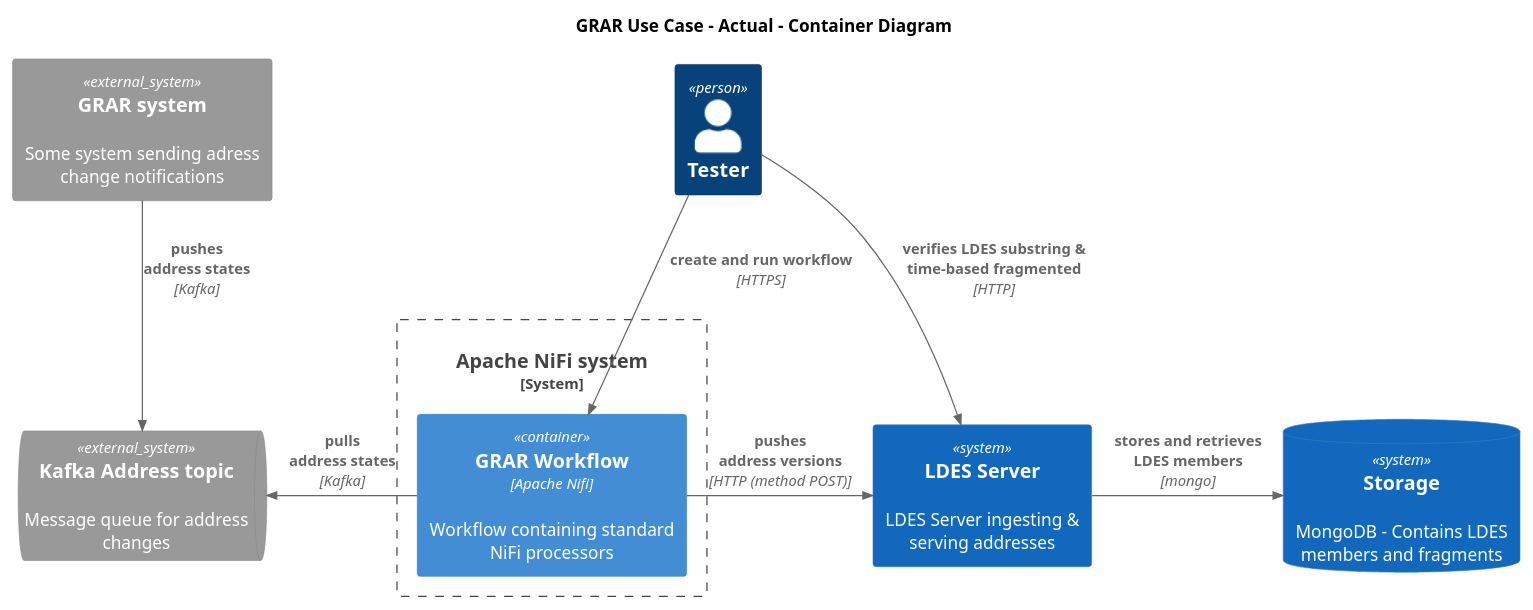
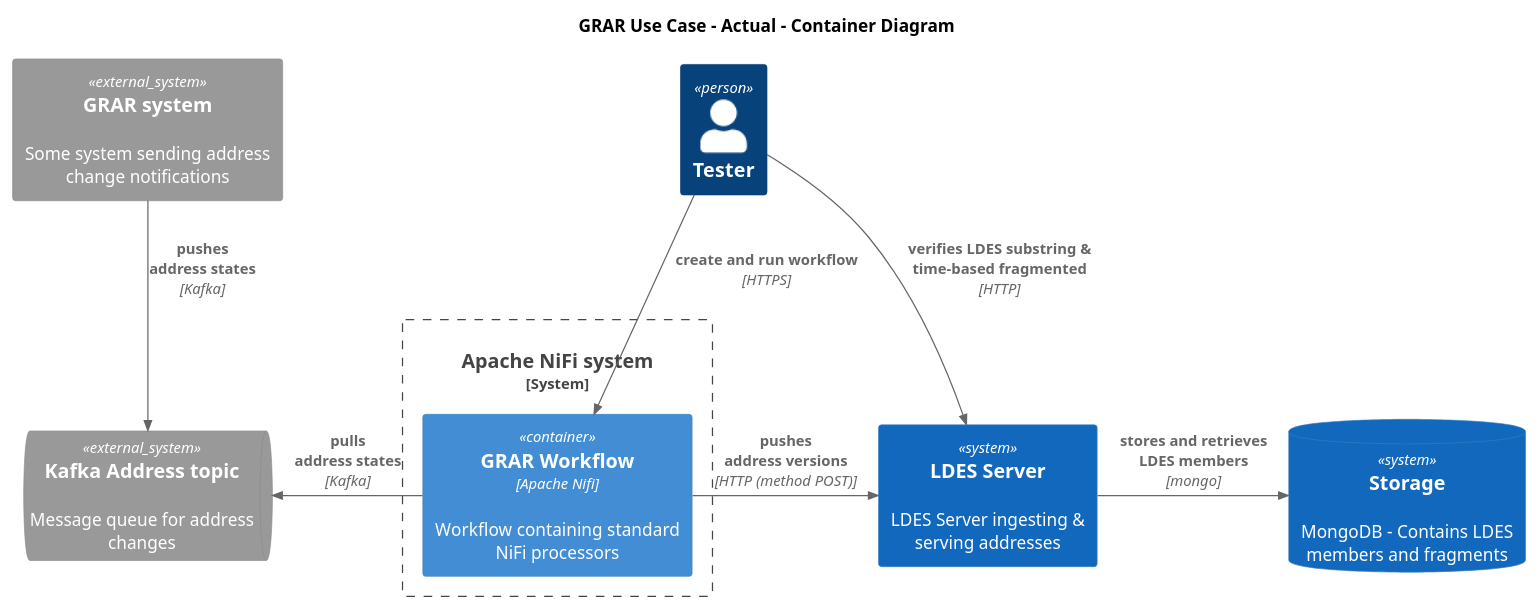
Before and after one commit to Informatievlaanderen/VSDS-LDES-E2E-testing: the diagram in e2e-test/use-cases/grar/1.addresses-substring-fragmentation/uml/actual-ldes-server.container.puml, drawn with PlantUML. The commit also changed 2 other files, not shown here.

```diff
--- a/e2e-test/use-cases/grar/1.addresses-substring-fragmentation/uml/actual-ldes-server.container.puml
+++ b/e2e-test/use-cases/grar/1.addresses-substring-fragmentation/uml/actual-ldes-server.container.puml
@@ -1,25 +1,25 @@
 @startuml "GRAR Use Case - Actual - Container Diagram"
 !include https://raw.githubusercontent.com/plantuml-stdlib/C4-PlantUML/master/C4_Container.puml
 
 title GRAR Use Case - Actual - Container Diagram
 
 Person(tester, "Tester")
 
-System_Ext(grar, "GRAR system", "Some system sending adress change notifications")
+System_Ext(grar, "GRAR system", "Some system sending address change notifications")
 SystemQueue_Ext(topic, "Kafka Address topic", "Message queue for address changes")
 
 System_Boundary(nifi, "Apache NiFi system") {
     Container(workflow, "GRAR Workflow", "Apache Nifi", "Workflow containing standard NiFi processors")
 }
 
 System(server, "LDES Server", "LDES Server ingesting & serving addresses")
 SystemDb(database, "Storage", "MongoDB - Contains LDES members and fragments")
 
 Rel_D(grar, topic, "pushes\naddress states", "Kafka")
 Rel_L(workflow, topic, "pulls\naddress states", "Kafka")
 Rel_D(tester, workflow, "create and run workflow", "HTTPS")
 Rel_D(tester, server, "verifies LDES substring & time-based fragmented", "HTTP")
 Rel_R(workflow, server, "pushes\naddress versions", "HTTP (method POST)")
 Rel_R(server, database, "stores and retrieves LDES members", "mongo")
 
 @enduml
```
